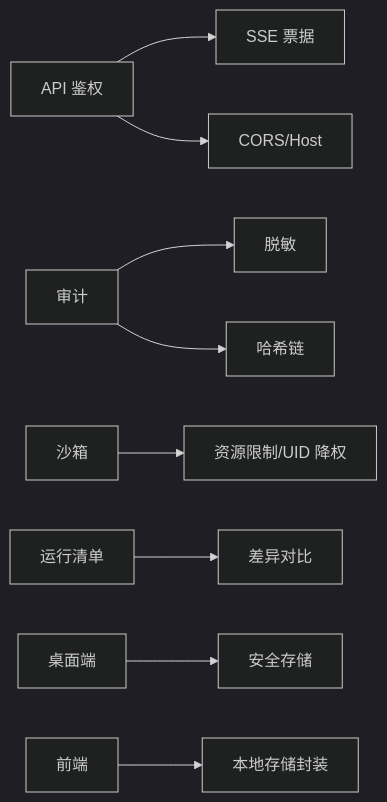
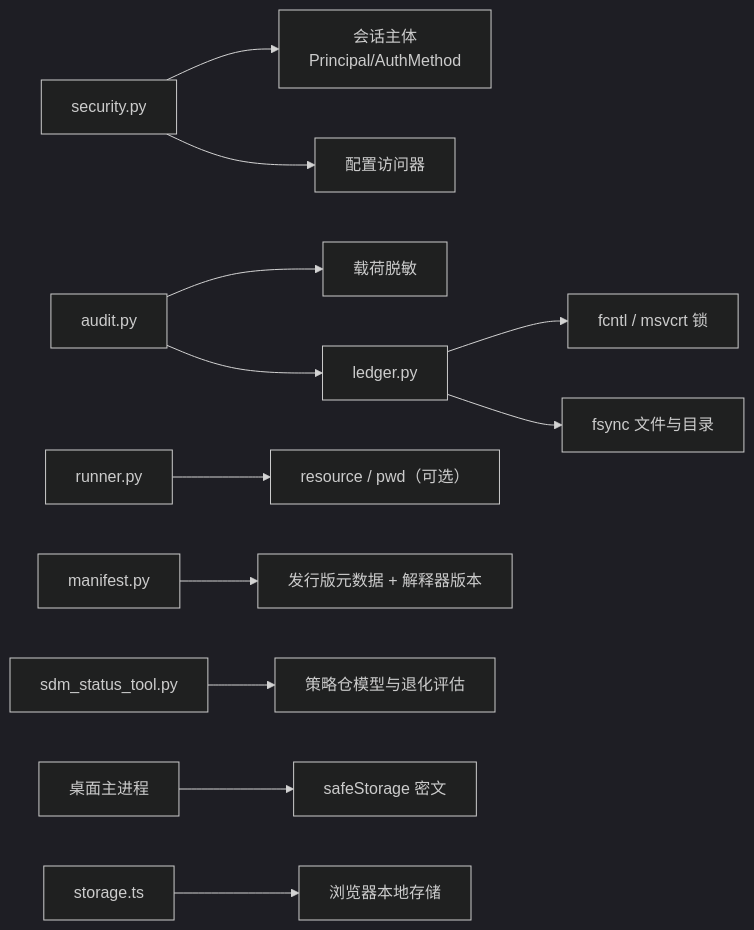
The sixth of 6 diagrams in repowiki/topics/安全与治理/安全与治理.md (hjfire/vibe-trading-fw), drawn with Mermaid (dark theme) before and after one commit. The commit also changed other lines of this file and 5 other files, not shown here.

````diff
--- a/repowiki/topics/安全与治理/安全与治理.md
+++ b/repowiki/topics/安全与治理/安全与治理.md
@@ -382,11 +470,14 @@
 ```mermaid
 graph LR
-Security["API 鉴权"] --> SSE["SSE 票据"]
-Security --> CORS["CORS/Host"]
-Audit["审计"] --> Redact["脱敏"]
-Audit --> Chain["哈希链"]
-Runner["沙箱"] --> OS["资源限制/UID 降权"]
-Manifest["运行清单"] --> Diff["差异对比"]
-Desktop["桌面端"] --> SecureStore["安全存储"]
-Frontend["前端"] --> StorageAPI["本地存储封装"]
+A["security.py"] --> P["会话主体<br/>Principal/AuthMethod"]
+A --> CFG["配置访问器"]
+U["audit.py"] --> RED["载荷脱敏"]
+U --> L["ledger.py"]
+L --> OS1["fcntl / msvcrt 锁"]
+L --> OS2["fsync 文件与目录"]
+R["runner.py"] --> OS3["resource / pwd（可选）"]
+M["manifest.py"] --> META["发行版元数据 + 解释器版本"]
+S["sdm_status_tool.py"] --> SS["策略仓模型与退化评估"]
+D["桌面主进程"] --> ST["safeStorage 密文"]
+F["storage.ts"] --> LS["浏览器本地存储"]
 ```
````
